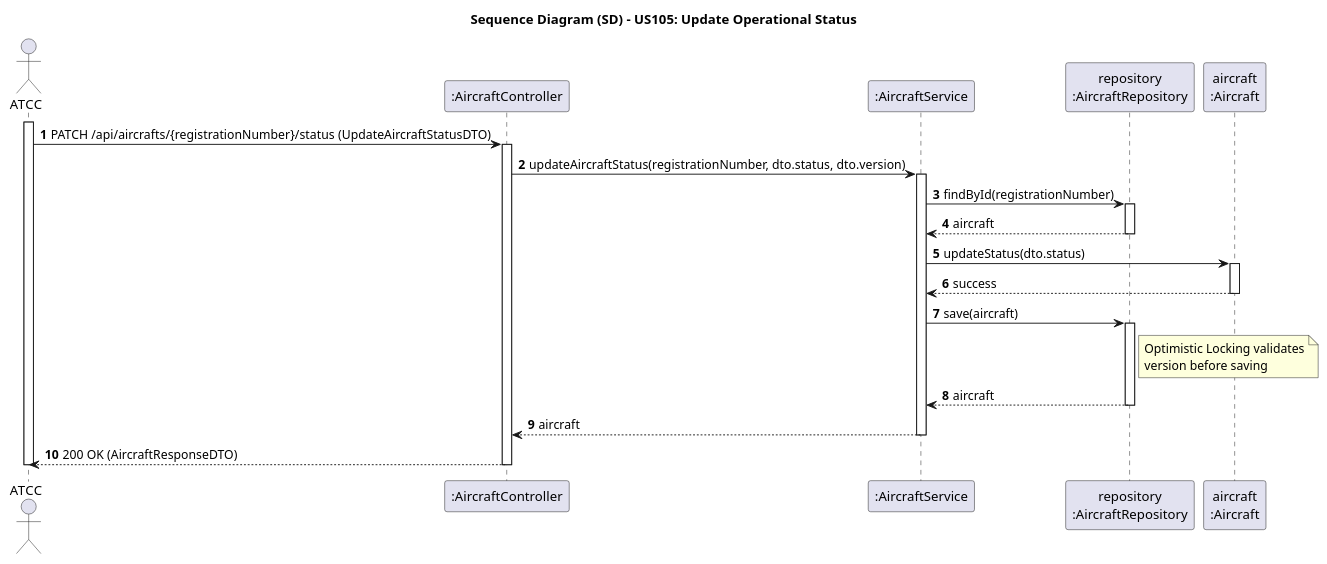
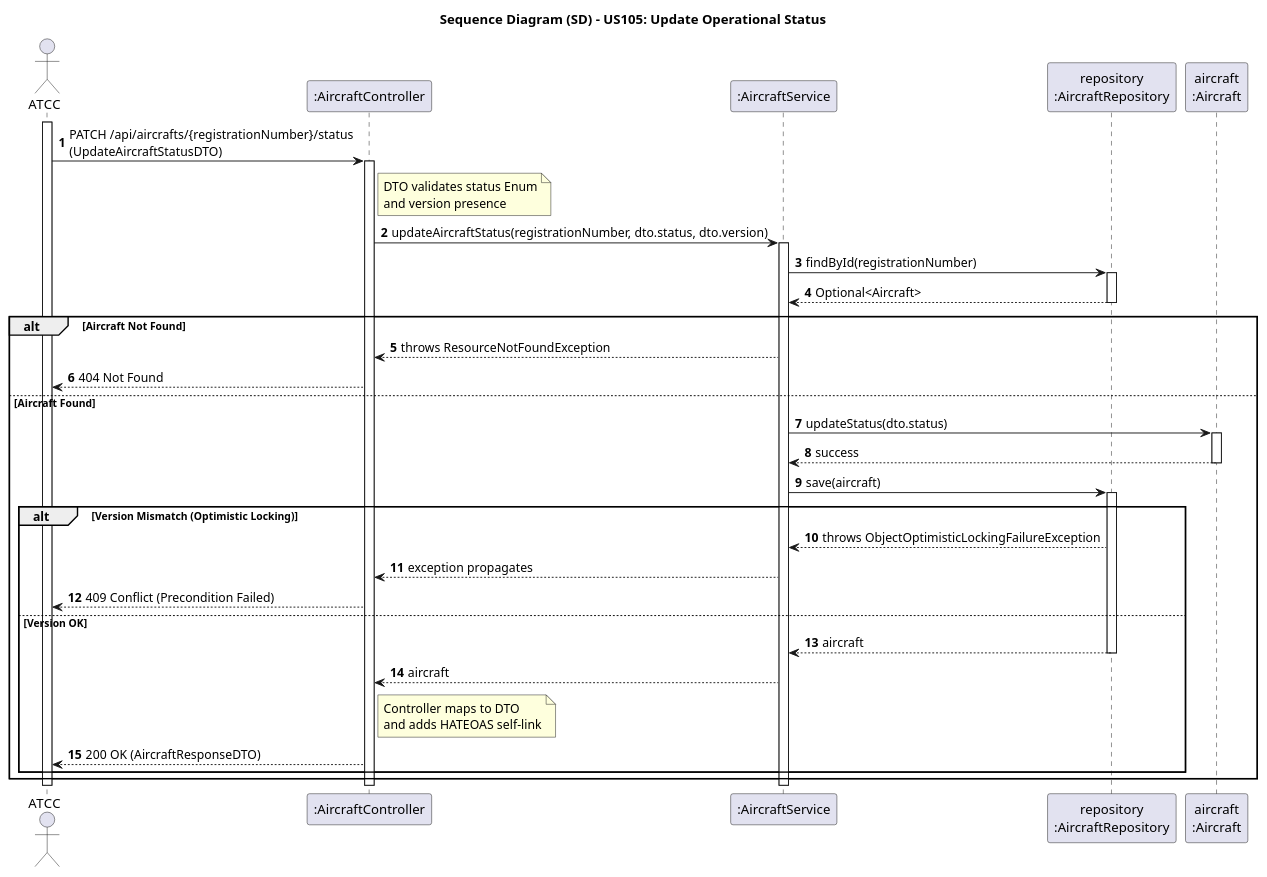
Before and after one commit to Andre-1240567/psoft2026_2DB_1240567_1241013_1240624: the diagram in docs/use-cases/WP#1A/US105/puml/US105-SD.puml, drawn with PlantUML. The commit also changed 26 other files, not shown here.

```diff
--- a/docs/use-cases/WP#1A/US105/puml/US105-SD.puml
+++ b/docs/use-cases/WP#1A/US105/puml/US105-SD.puml
@@ -1,40 +1,55 @@
 @startuml US105-SD
 autonumber
 title Sequence Diagram (SD) - US105: Update Operational Status
 
 actor "ATCC" as ATCC
 participant ":AircraftController" as Ctrl
 participant ":AircraftService" as Service
 participant "repository\n:AircraftRepository" as Repo
 participant "aircraft\n:Aircraft" as Aircraft
 
 activate ATCC
-ATCC -> Ctrl: PATCH /api/aircrafts/{registrationNumber}/status (UpdateAircraftStatusDTO)
+ATCC -> Ctrl: PATCH /api/aircrafts/{registrationNumber}/status\n(UpdateAircraftStatusDTO)
 activate Ctrl
+
+note right of Ctrl: DTO validates status Enum\nand version presence
 
 Ctrl -> Service: updateAircraftStatus(registrationNumber, dto.status, dto.version)
 activate Service
 
 Service -> Repo: findById(registrationNumber)
 activate Repo
-Repo --> Service: aircraft
+Repo --> Service: Optional<Aircraft>
 deactivate Repo
 
-Service -> Aircraft: updateStatus(dto.status)
-activate Aircraft
-Aircraft --> Service: success
-deactivate Aircraft
+alt Aircraft Not Found
+    Service --> Ctrl: throws ResourceNotFoundException
+    Ctrl --> ATCC: 404 Not Found
+else Aircraft Found
+    Service -> Aircraft: updateStatus(dto.status)
+    activate Aircraft
+    Aircraft --> Service: success
+    deactivate Aircraft
 
-Service -> Repo: save(aircraft)
-activate Repo
-note right of Repo: Optimistic Locking validates\nversion before saving
-Repo --> Service: aircraft
-deactivate Repo
+    Service -> Repo: save(aircraft)
+    activate Repo
 
-Service --> Ctrl: aircraft
+    alt Version Mismatch (Optimistic Locking)
+        Repo --> Service: throws ObjectOptimisticLockingFailureException
+        Service --> Ctrl: exception propagates
+        Ctrl --> ATCC: 409 Conflict (Precondition Failed)
+    else Version OK
+        Repo --> Service: aircraft
+        deactivate Repo
+
+        Service --> Ctrl: aircraft
+
+        note right of Ctrl: Controller maps to DTO\nand adds HATEOAS self-link
+
+        Ctrl --> ATCC: 200 OK (AircraftResponseDTO)
+    end
+end
 deactivate Service
-
-Ctrl --> ATCC: 200 OK (AircraftResponseDTO)
 deactivate Ctrl
 deactivate ATCC
 @enduml
```
